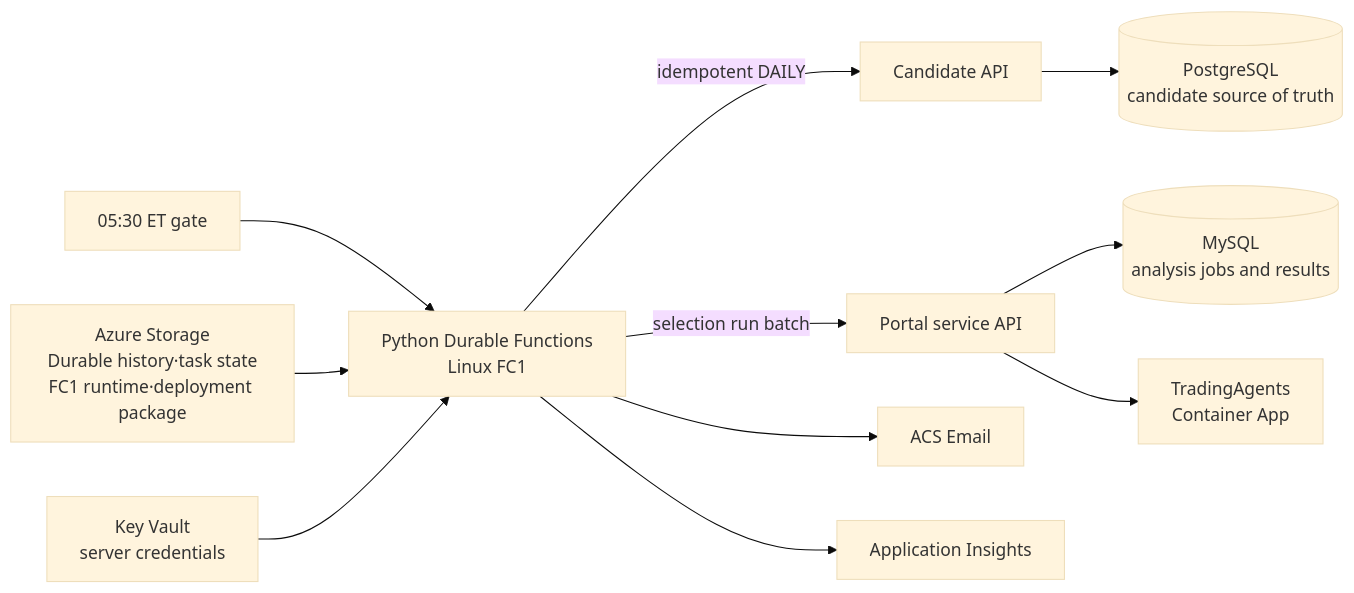
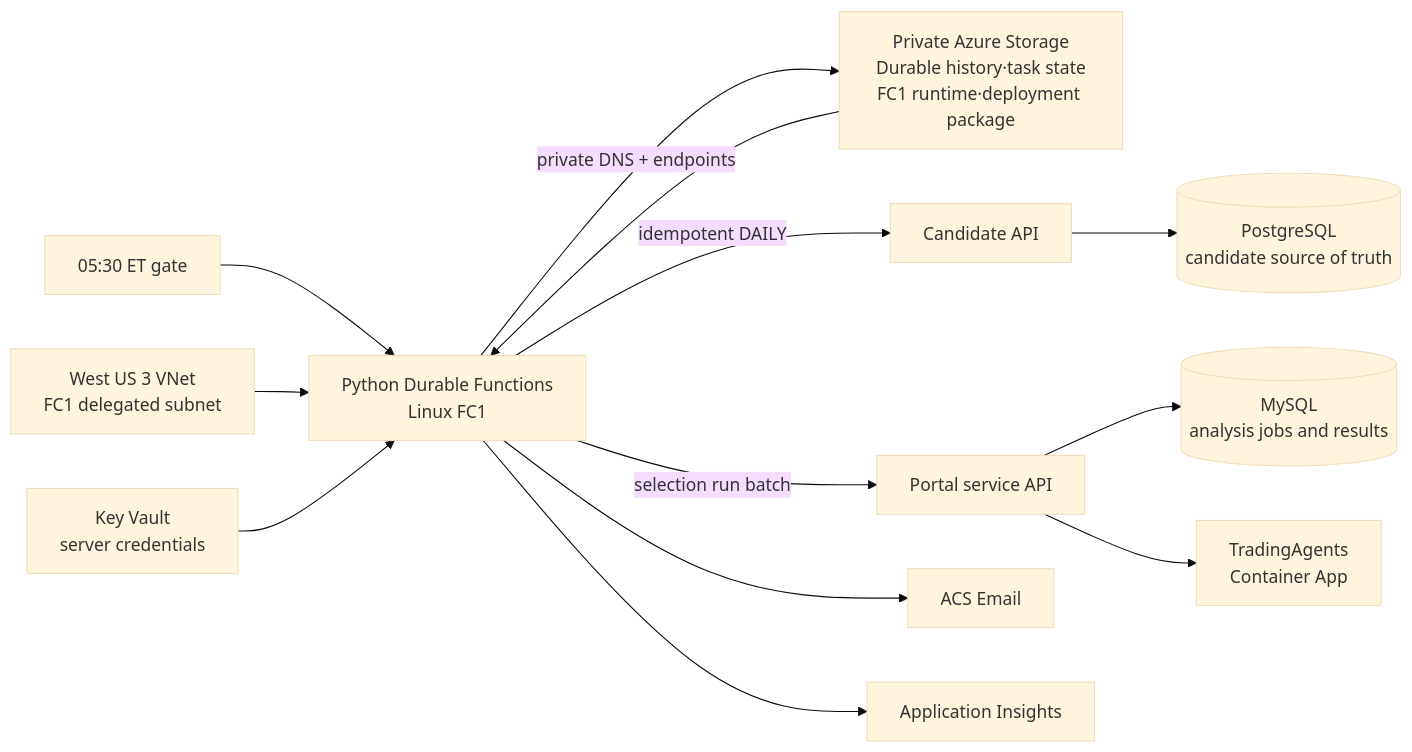
The diagram in orchestrator/README.md (brjeong-private/sp500-candidate-engine), drawn with Mermaid (base theme) before and after one commit. The commit also changed other lines of this file and 5 other files, not shown here.

````diff
--- a/orchestrator/README.md
+++ b/orchestrator/README.md
@@ -14,13 +14,15 @@
 ```mermaid
 flowchart LR
     Timer["05:30 ET gate"] --> Function["Python Durable Functions<br/>Linux FC1"]
-    Storage["Azure Storage<br/>Durable history·task state<br/>FC1 runtime·deployment package"] --> Function
+    Storage["Private Azure Storage<br/>Durable history·task state<br/>FC1 runtime·deployment package"] --> Function
+    VNet["West US 3 VNet<br/>FC1 delegated subnet"] --> Function
+    Function -->|"private DNS + endpoints"| Storage
     Vault["Key Vault<br/>server credentials"] --> Function
     Function -->|"idempotent DAILY"| Candidate["Candidate API"]
     Candidate --> PostgreSQL[("PostgreSQL<br/>candidate source of truth")]
     Function -->|"selection run batch"| Portal["Portal service API"]
     Portal --> MySQL[("MySQL<br/>analysis jobs and results")]
     Portal --> Trading["TradingAgents<br/>Container App"]
     Function --> Email["ACS Email"]
     Function --> Insights["Application Insights"]
 ```
````
